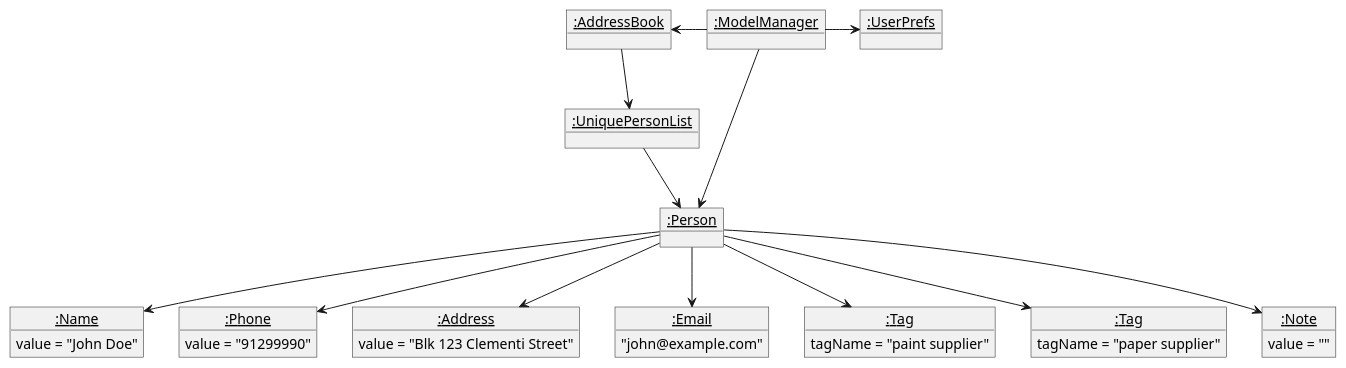
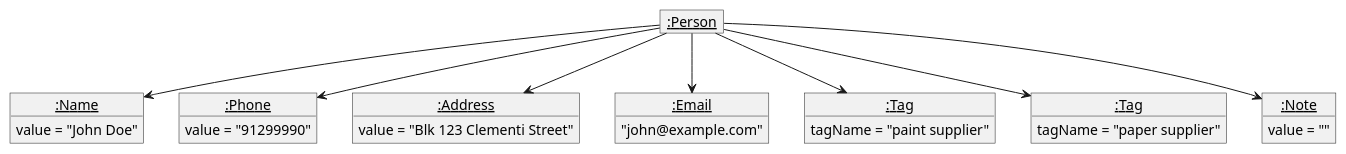
Before and after one commit to kevinlimantoro123/tp: the diagram in docs/diagrams/ModelObjectDiagram.puml, drawn with PlantUML. The commit also changed 1 other file, not shown here.

```diff
--- a/docs/diagrams/ModelObjectDiagram.puml
+++ b/docs/diagrams/ModelObjectDiagram.puml
@@ -1,45 +1,37 @@
 @startuml
 
-object "<u>:AddressBook" as AddressBook
-object "<u>:ModelManager" as ModelManager
-object "<u>:UserPrefs" as UserPrefs
 
-object "<u>:UniquePersonList" as UniquePersonList
+
 object "<u>:Person" as Person
 object "<u>:Address" as Address
 
 object "<u>:Email" as Email
 object "<u>:Name" as Name
 object "<u>:Phone" as Phone
 object "<u>:Tag" as FirstTag
 object "<u>:Tag" as SecondTag
 object "<u>:Note" as Note
 
-
-
-ModelManager -left-> AddressBook
-ModelManager -right-> UserPrefs
-AddressBook --> UniquePersonList
-UniquePersonList -->  Person
 Person --> Name
 Person --> Phone
 Person --> Email
 Person --> Address
 Person --> FirstTag
 Person --> SecondTag
 Person --> Note
 
+hide Person members
+
 Name -[hidden]right-> Phone
 Phone -[hidden]right-> Address
 Address -[hidden]right-> Email
 
-ModelManager --> Person
 
 Phone : value = "91299990"
 Name : value = "John Doe"
 Address : value = "Blk 123 Clementi Street"
 Email : "john@example.com"
 FirstTag : tagName = "paint supplier"
 SecondTag : tagName = "paper supplier"
 Note : value = ""
 @enduml
```
